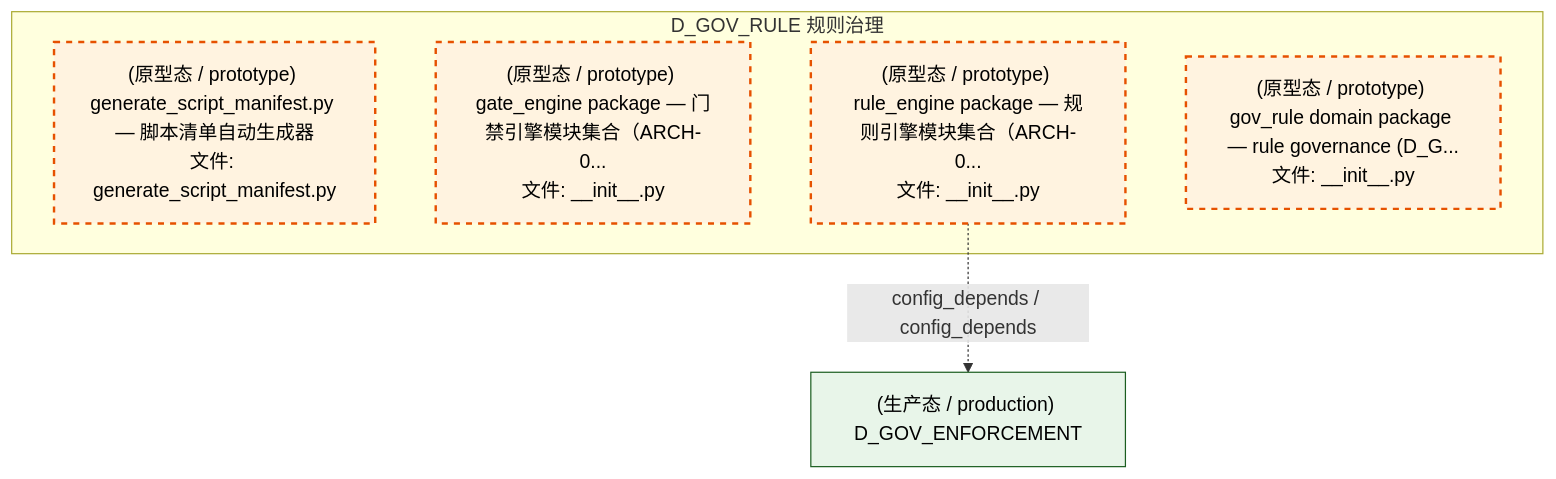
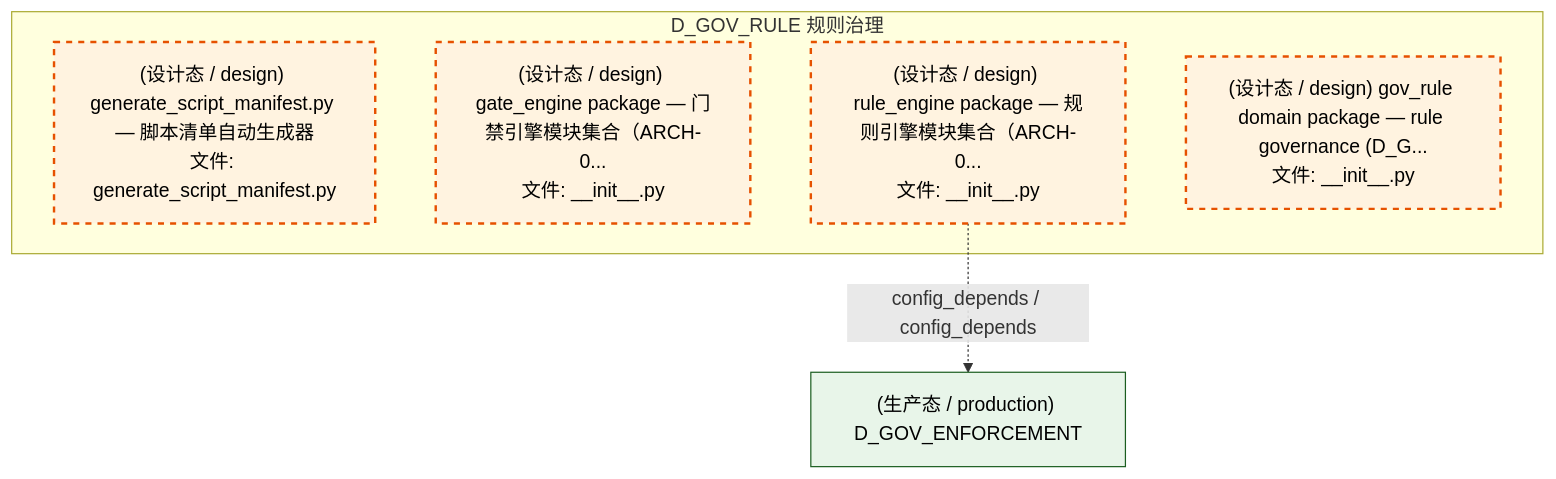
The fourth of 5 diagrams in docs/02_enterprise_architecture/02_domain_architecture_docs/45_d_gov_rule.md (xuanFelixVan/ZephyrAlpha), drawn with Mermaid before and after one commit. The commit also changed other lines of this file and 177 other files, not shown here.

First line of the commit message:
ARCH-MM-002: 全项目验证扫描修复 (design_maturity 3态→2态 残留清除)

````diff
--- a/docs/02_enterprise_architecture/02_domain_architecture_docs/45_d_gov_rule.md
+++ b/docs/02_enterprise_architecture/02_domain_architecture_docs/45_d_gov_rule.md
@@ -347,17 +346,17 @@
 ```mermaid
 graph TD
     subgraph D_GOV_RULE["D_GOV_RULE 规则治理"]
-        scripts_governance_generators_generate_script_manifest_py["(原型态 / prototype) generate_script_manifest.py — 脚本清单自动生成器<br/>文件: generate_script_manifest.py"]
-        src_zephyr_gov_enforcement_rule_enforcement_gate_engine_init_py["(原型态 / prototype) gate_engine package — 门禁引擎模块集合（ARCH-0...<br/>文件: __init__.py"]
-        src_zephyr_gov_enforcement_rule_enforcement_rule_engine_init_py["(原型态 / prototype) rule_engine package — 规则引擎模块集合（ARCH-0...<br/>文件: __init__.py"]
-        src_zephyr_gov_rule_init_py["(原型态 / prototype) gov_rule domain package — rule governance (D_G...<br/>文件: __init__.py"]
+        scripts_governance_generators_generate_script_manifest_py["(设计态 / design) generate_script_manifest.py — 脚本清单自动生成器<br/>文件: generate_script_manifest.py"]
+        src_zephyr_gov_enforcement_rule_enforcement_gate_engine_init_py["(设计态 / design) gate_engine package — 门禁引擎模块集合（ARCH-0...<br/>文件: __init__.py"]
+        src_zephyr_gov_enforcement_rule_enforcement_rule_engine_init_py["(设计态 / design) rule_engine package — 规则引擎模块集合（ARCH-0...<br/>文件: __init__.py"]
+        src_zephyr_gov_rule_init_py["(设计态 / design) gov_rule domain package — rule governance (D_G...<br/>文件: __init__.py"]
     end
     D_GOV_ENFORCEMENT["(生产态 / production) D_GOV_ENFORCEMENT"]
     src_zephyr_gov_enforcement_rule_enforcement_rule_engine_init_py -.->|config_depends / config_depends| D_GOV_ENFORCEMENT
     classDef production fill:#e1f5fe,stroke:#01579b,stroke-width:2px,color:#000
     classDef design fill:#fff3e0,stroke:#e65100,stroke-width:2px,color:#000,stroke-dasharray: 5 5
     classDef external_prod fill:#e8f5e9,stroke:#1b5e20,stroke-width:1px,color:#000
     classDef external_design fill:#fce4ec,stroke:#880e4f,stroke-width:1px,color:#000,stroke-dasharray: 5 5
     class scripts_governance_generators_generate_script_manifest_py,src_zephyr_gov_enforcement_rule_enforcement_gate_engine_init_py,src_zephyr_gov_enforcement_rule_enforcement_rule_engine_init_py,src_zephyr_gov_rule_init_py design
     class D_GOV_ENFORCEMENT external_prod
 ```
````
